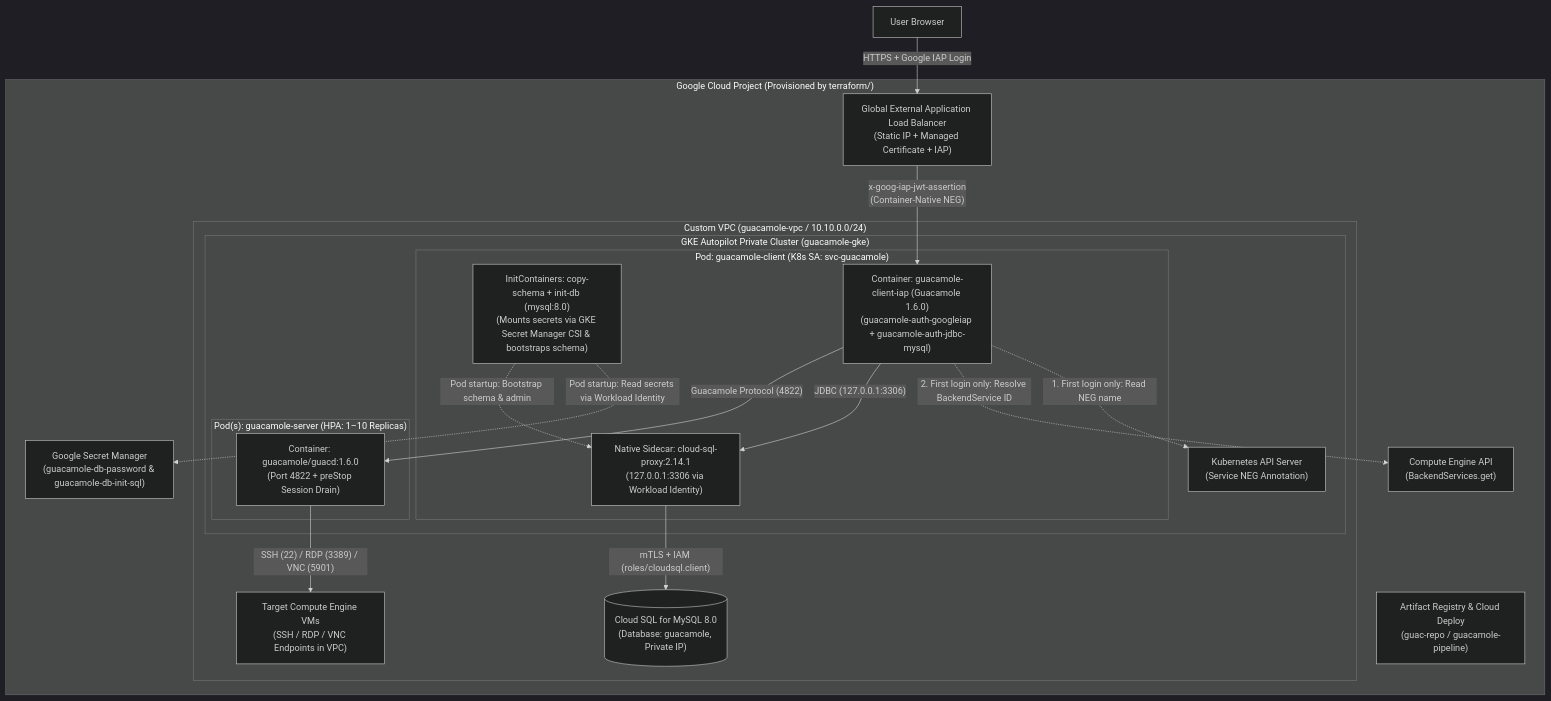
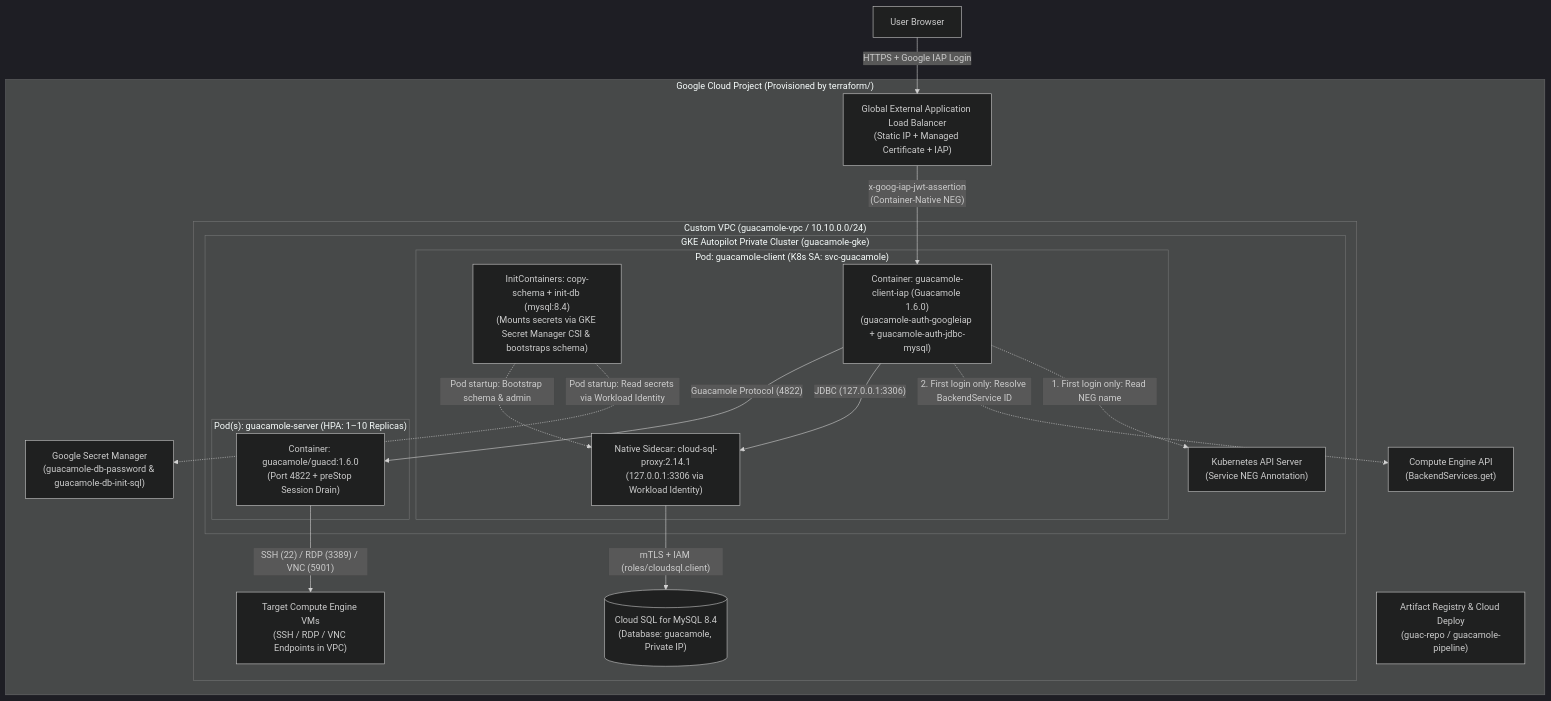
Before and after one commit to GoogleCloudPlatform/guacamole-on-gcp: the diagram in README.md, drawn with Mermaid (dark theme). The commit also changed other lines of this file and 3 other files, not shown here.

Commit message:
feat(cloudsql): uplift Cloud SQL to MYSQL_8_4 on ENTERPRISE edition

````diff
--- a/README.md
+++ b/README.md
@@ -11,38 +11,38 @@
 ```mermaid
 flowchart TB
     User["User Browser"]
     subgraph GCP["Google Cloud Project (Provisioned by terraform/)"]
         GLB["Global External Application Load Balancer<br/>(Static IP + Managed Certificate + IAP)"]
         ComputeAPI["Compute Engine API<br/>(BackendServices.get)"]
         SM["Google Secret Manager<br/>(guacamole-db-password & guacamole-db-init-sql)"]
         AR["Artifact Registry & Cloud Deploy<br/>(guac-repo / guacamole-pipeline)"]
 
         subgraph VPC["Custom VPC (guacamole-vpc / 10.10.0.0/24)"]
             subgraph GKE["GKE Autopilot Private Cluster (guacamole-gke)"]
                 K8sAPI["Kubernetes API Server<br/>(Service NEG Annotation)"]
                 subgraph PodClient["Pod: guacamole-client (K8s SA: svc-guacamole)"]
-                    InitDB["InitContainers: copy-schema + init-db (mysql:8.0)<br/>(Mounts secrets via GKE Secret Manager CSI & bootstraps schema)"]
+                    InitDB["InitContainers: copy-schema + init-db (mysql:8.4)<br/>(Mounts secrets via GKE Secret Manager CSI & bootstraps schema)"]
                     GuacClient["Container: guacamole-client-iap (Guacamole 1.6.0)<br/>(guacamole-auth-googleiap + guacamole-auth-jdbc-mysql)"]
                     SQLProxy["Native Sidecar: cloud-sql-proxy:2.14.1<br/>(127.0.0.1:3306 via Workload Identity)"]
                 end
                 subgraph PodServer["Pod(s): guacamole-server (HPA: 1–10 Replicas)"]
                     Guacd["Container: guacamole/guacd:1.6.0<br/>(Port 4822 + preStop Session Drain)"]
                 end
             end
 
-            CloudSQL[("Cloud SQL for MySQL 8.0<br/>(Database: guacamole, Private IP)")]
+            CloudSQL[("Cloud SQL for MySQL 8.4<br/>(Database: guacamole, Private IP)")]
             TargetVMs["Target Compute Engine VMs<br/>(SSH / RDP / VNC Endpoints in VPC)"]
         end
     end
 
     User -->|"HTTPS + Google IAP Login"| GLB
     GLB -->|"x-goog-iap-jwt-assertion<br/>(Container-Native NEG)"| GuacClient
     GuacClient -.->|"1. First login only: Read NEG name"| K8sAPI
     GuacClient -.->|"2. First login only: Resolve BackendService ID"| ComputeAPI
     InitDB -.->|"Pod startup: Read secrets via Workload Identity"| SM
     InitDB -.->|"Pod startup: Bootstrap schema & admin"| SQLProxy
     GuacClient -->|"JDBC (127.0.0.1:3306)"| SQLProxy
     SQLProxy -->|"mTLS + IAM (roles/cloudsql.client)"| CloudSQL
     GuacClient -->|"Guacamole Protocol (4822)"| Guacd
     Guacd -->|"SSH (22) / RDP (3389) / VNC (5901)"| TargetVMs
 ```
````
